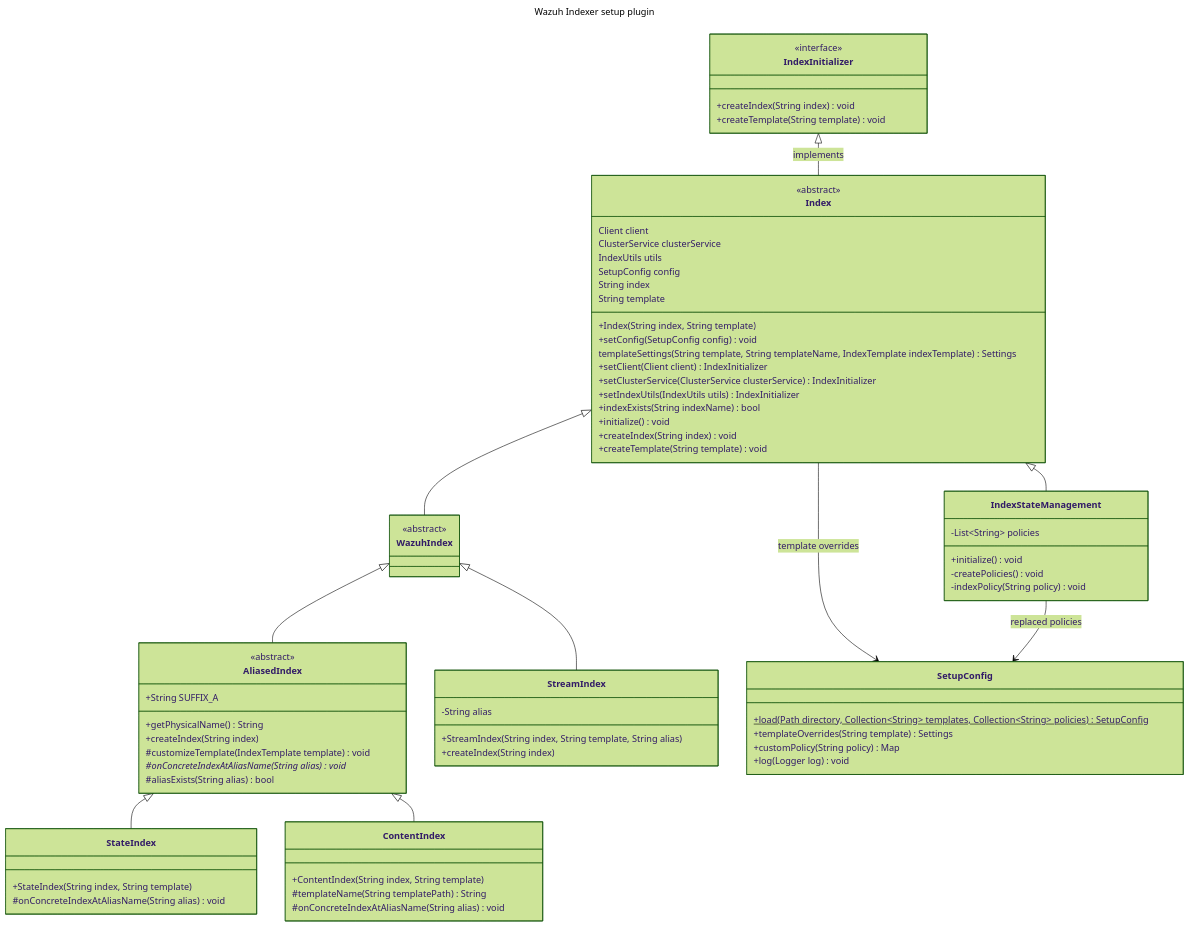
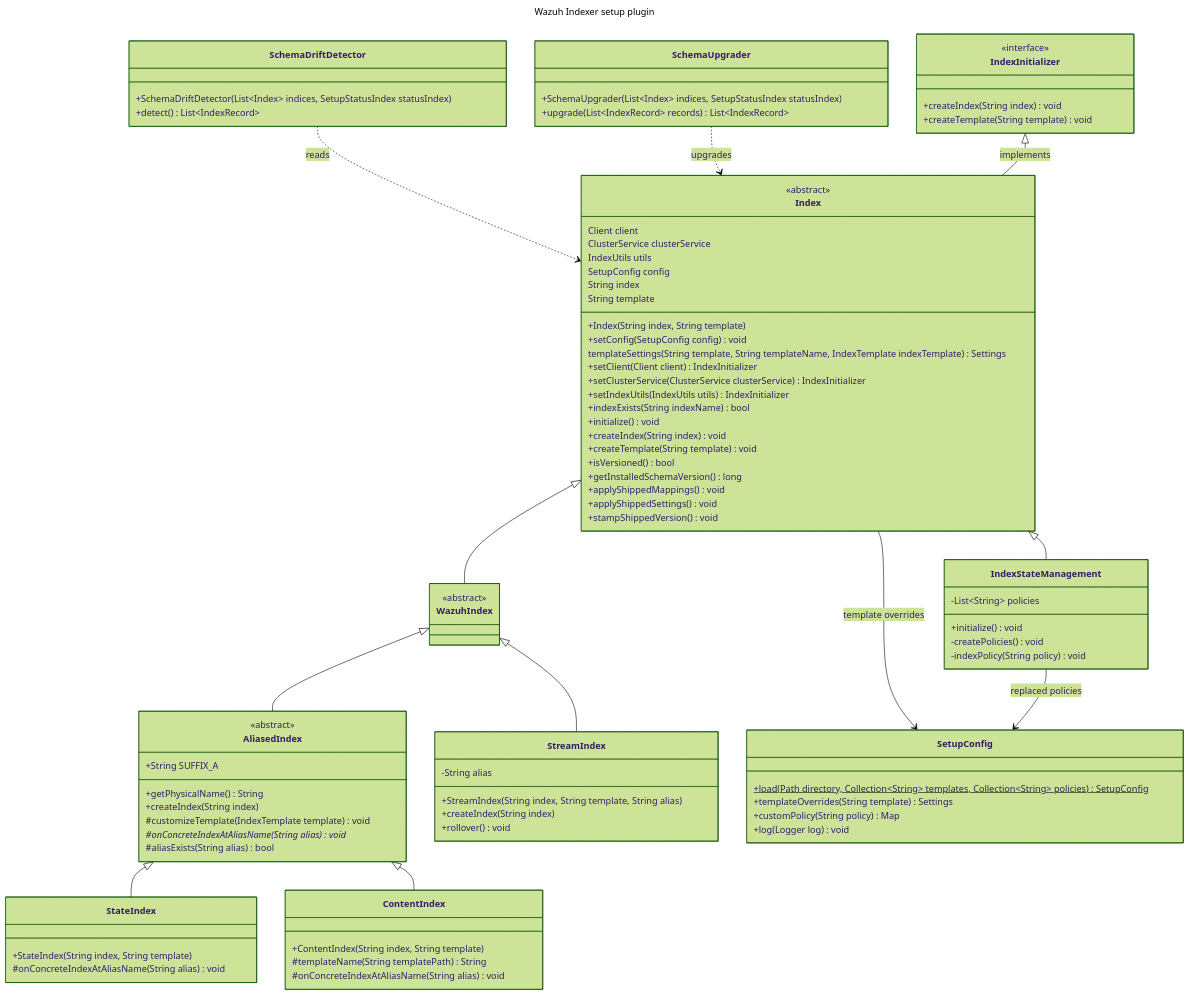
The first of 2 diagrams in docs/dev/plugins/setup.md (wazuh/wazuh-indexer-plugins), drawn with Mermaid (forest theme) before and after one commit. The commit also changed other lines of this file and 11 other files, not shown here.

Commit message:
Upgrade in place the indices at a compatible schema version and roll over the streams whose change is breaking (#1845)

```diff
--- a/docs/dev/plugins/setup.md
+++ b/docs/dev/plugins/setup.md
@@ -25,10 +25,14 @@
     class StreamIndex
     class ContentIndex
     class SetupConfig
+    class SchemaDriftDetector
+    class SchemaUpgrader
 
     %% Relations
     Index --> SetupConfig : template overrides
     IndexStateManagement --> SetupConfig : replaced policies
+    SchemaDriftDetector ..> Index : reads
+    SchemaUpgrader ..> Index : upgrades
     IndexInitializer <|-- Index : implements
     Index <|-- IndexStateManagement
     Index <|-- WazuhIndex
@@ -59,6 +63,19 @@
         +initialize() void
         +createIndex(String index) void
         +createTemplate(String template) void
+        +isVersioned() bool
+        +getInstalledSchemaVersion() long
+        +applyShippedMappings() void
+        +applyShippedSettings() void
+        +stampShippedVersion() void
+    }
+    class SchemaDriftDetector {
+        +SchemaDriftDetector(List~Index~ indices, SetupStatusIndex statusIndex)
+        +detect() List~IndexRecord~
+    }
+    class SchemaUpgrader {
+        +SchemaUpgrader(List~Index~ indices, SetupStatusIndex statusIndex)
+        +upgrade(List~IndexRecord~ records) List~IndexRecord~
     }
     class IndexStateManagement {
         -List~String~ policies
@@ -78,6 +95,7 @@
         -String alias
         +StreamIndex(String index, String template, String alias)
         +createIndex(String index)
+        +rollover() void
     }
     class AliasedIndex {
         +String SUFFIX_A
```
